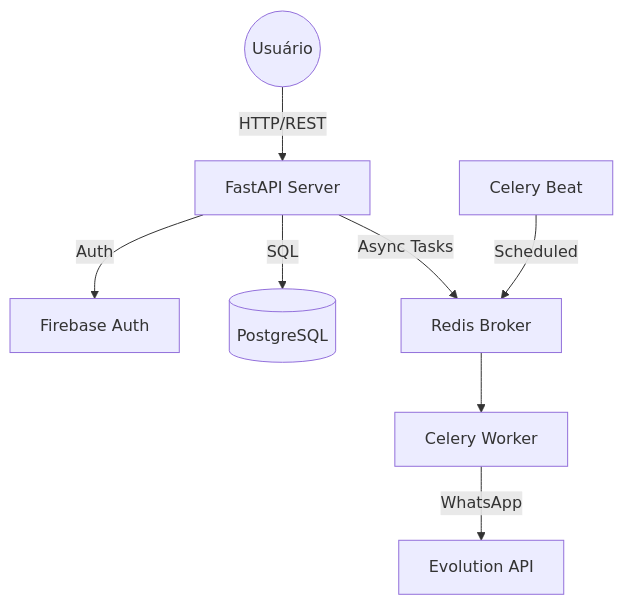
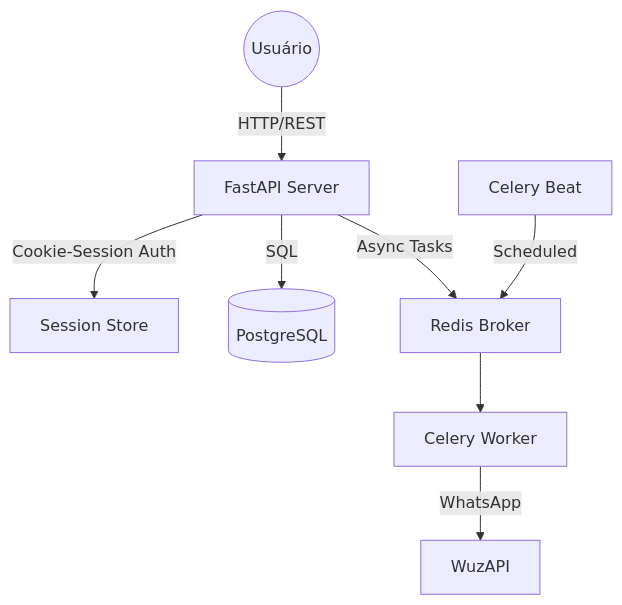
Before and after one commit to axisvitor/clinica-oncologica-v02: the diagram in docs/backend/architecture/overview.md, drawn with Mermaid. The commit also changed other lines of this file and 9 other files, not shown here.

````diff
--- a/docs/backend/architecture/overview.md
+++ b/docs/backend/architecture/overview.md
@@ -15,10 +15,10 @@
 ```mermaid
 graph TD
     User((Usuário)) -->|HTTP/REST| API[FastAPI Server]
-    API -->|Auth| Firebase[Firebase Auth]
+    API -->|Cookie-Session Auth| Session[Session Store]
     API -->|SQL| DB[(PostgreSQL)]
     API -->|Async Tasks| Queue[Redis Broker]
     Queue --> Worker[Celery Worker]
-    Worker -->|WhatsApp| WA[Evolution API]
+    Worker -->|WhatsApp| WA[WuzAPI]
     Beat[Celery Beat] -->|Scheduled| Queue
 ```
````
